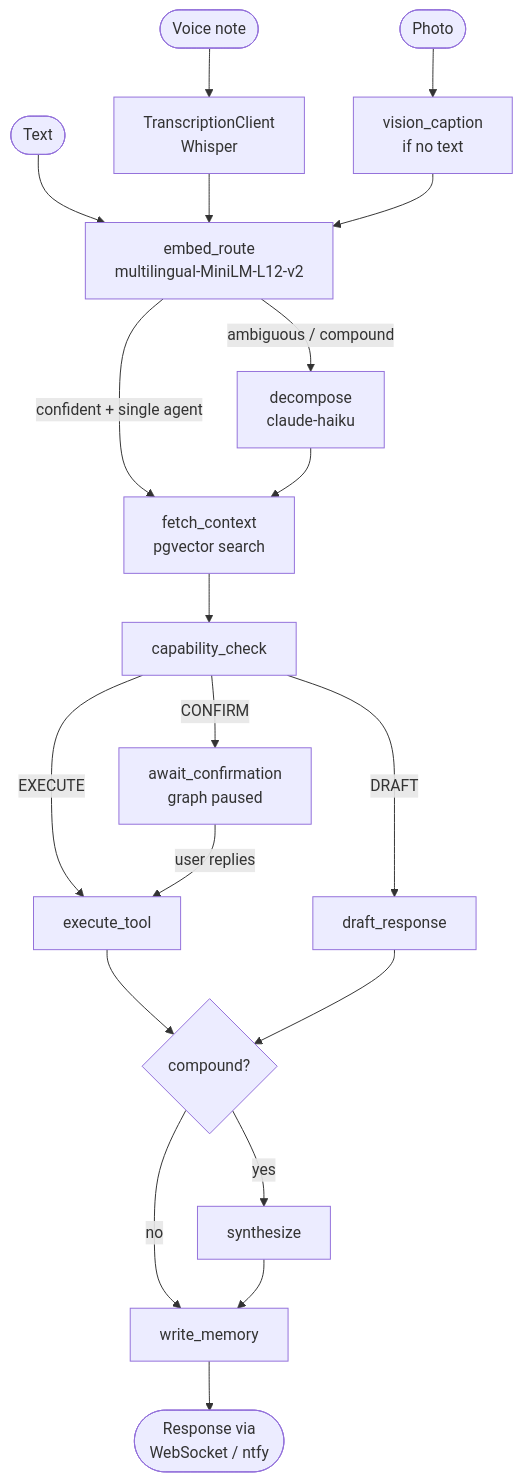
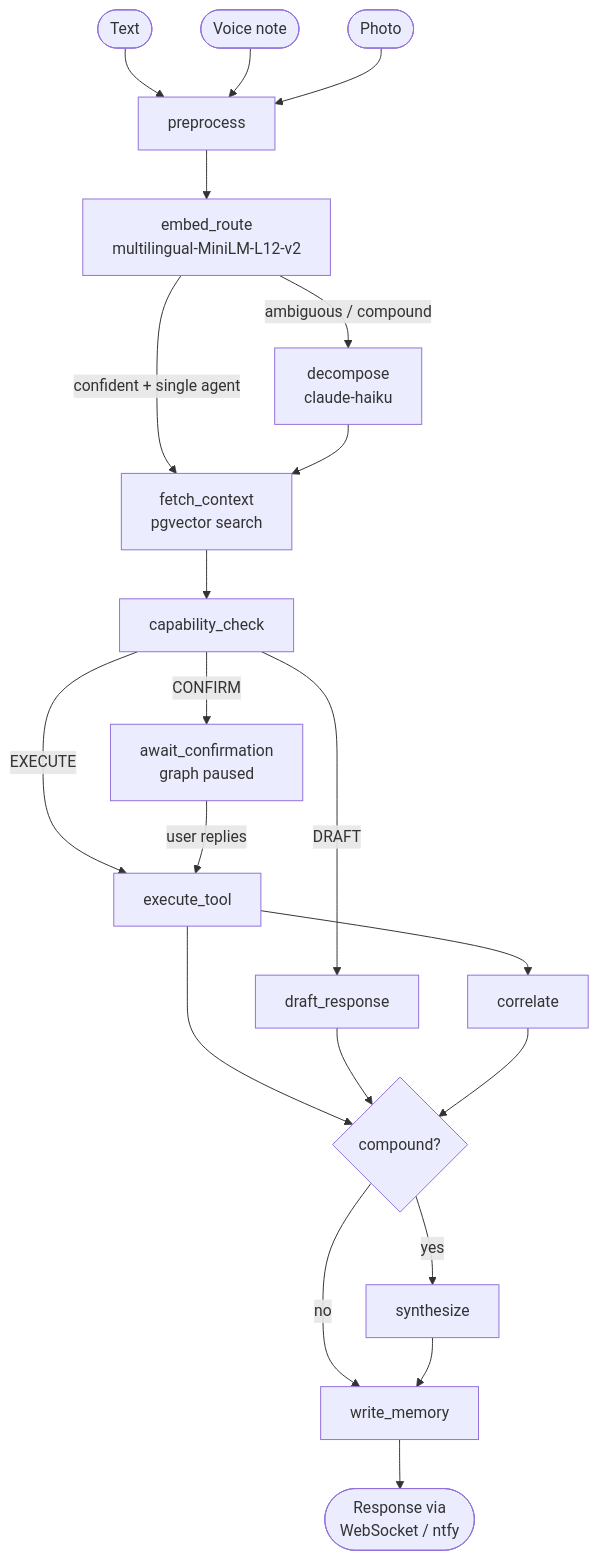
The first of 3 diagrams in docs/architecture.md (myguyze/ze), drawn with Mermaid before and after one commit. The commit also changed other lines of this file and 19 other files, not shown here.

````diff
--- a/docs/architecture.md
+++ b/docs/architecture.md
@@ -16,22 +47,23 @@
 ```mermaid
 flowchart TD
-    T([Text]) --> R
-    V([Voice note]) --> TR[TranscriptionClient\nWhisper] --> R
-    P([Photo]) --> VC[vision_caption\nif no text] --> R
-
-    R[embed_route\nmultilingual-MiniLM-L12-v2]
+    T([Text]) --> PZ[preprocess]
+    V([Voice note]) --> PZ
+    P([Photo]) --> PZ
+    PZ --> R[embed_route\nmultilingual-MiniLM-L12-v2]
     R -->|confident + single agent| C[fetch_context\npgvector search]
     R -->|ambiguous / compound| D[decompose\nclaude-haiku]
     D --> C
     C --> E[capability_check]
     E -->|EXECUTE| F[execute_tool]
     E -->|DRAFT| G[draft_response]
     E -->|CONFIRM| H[await_confirmation\ngraph paused]
     H -->|user replies| F
     F --> I{compound?}
     G --> I
+    F --> X[correlate]
+    X --> I
     I -->|yes| J[synthesize]
     I -->|no| K[write_memory]
     J --> K
     K --> L([Response via\nWebSocket / ntfy])
 ```
````
